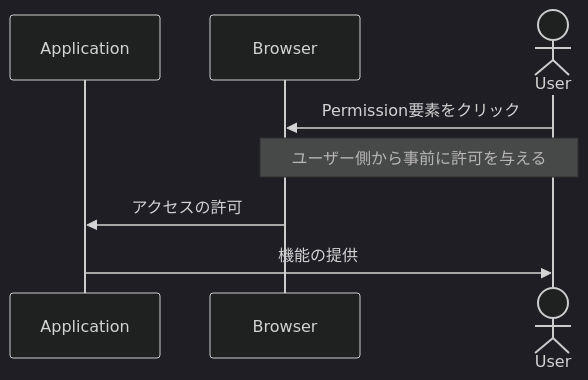
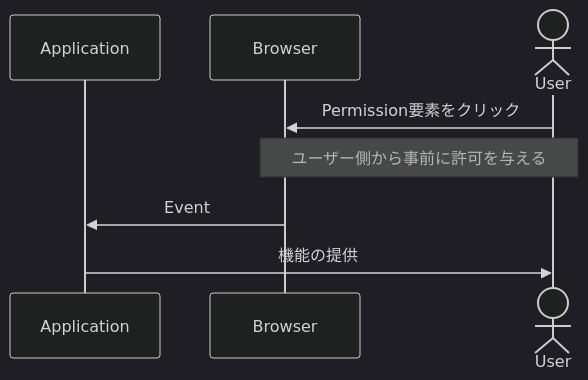
Before and after one commit to ken7253/slide: the second of 2 diagrams in pepc/slides.md, drawn with Mermaid (dark theme). The commit also changed other lines of this file, not shown here.

````diff
--- a/pepc/slides.md
+++ b/pepc/slides.md
@@ -131,10 +132,10 @@
 ```mermaid
 sequenceDiagram
     participant Application
     participant Browser
     Actor User
     User->>Browser: Permission要素をクリック
     Note over User,Browser: ユーザー側から事前に許可を与える
-    Browser->>Application: アクセスの許可
+    Browser->>Application: Event
     Application->>User: 機能の提供
 ```
````
